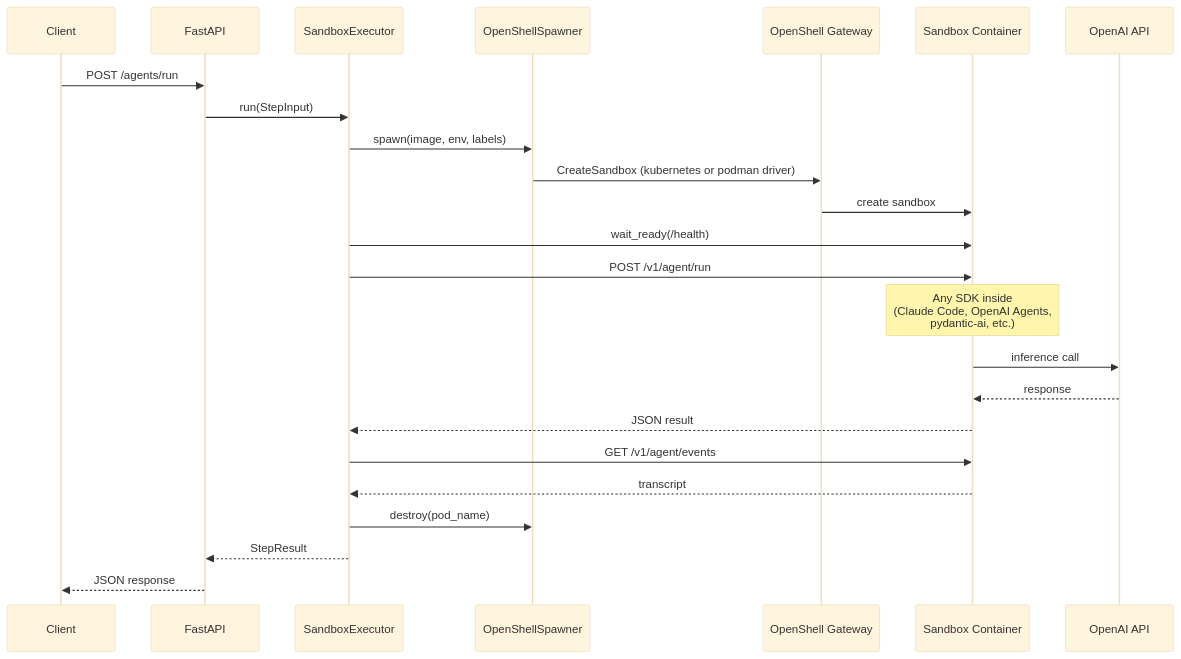
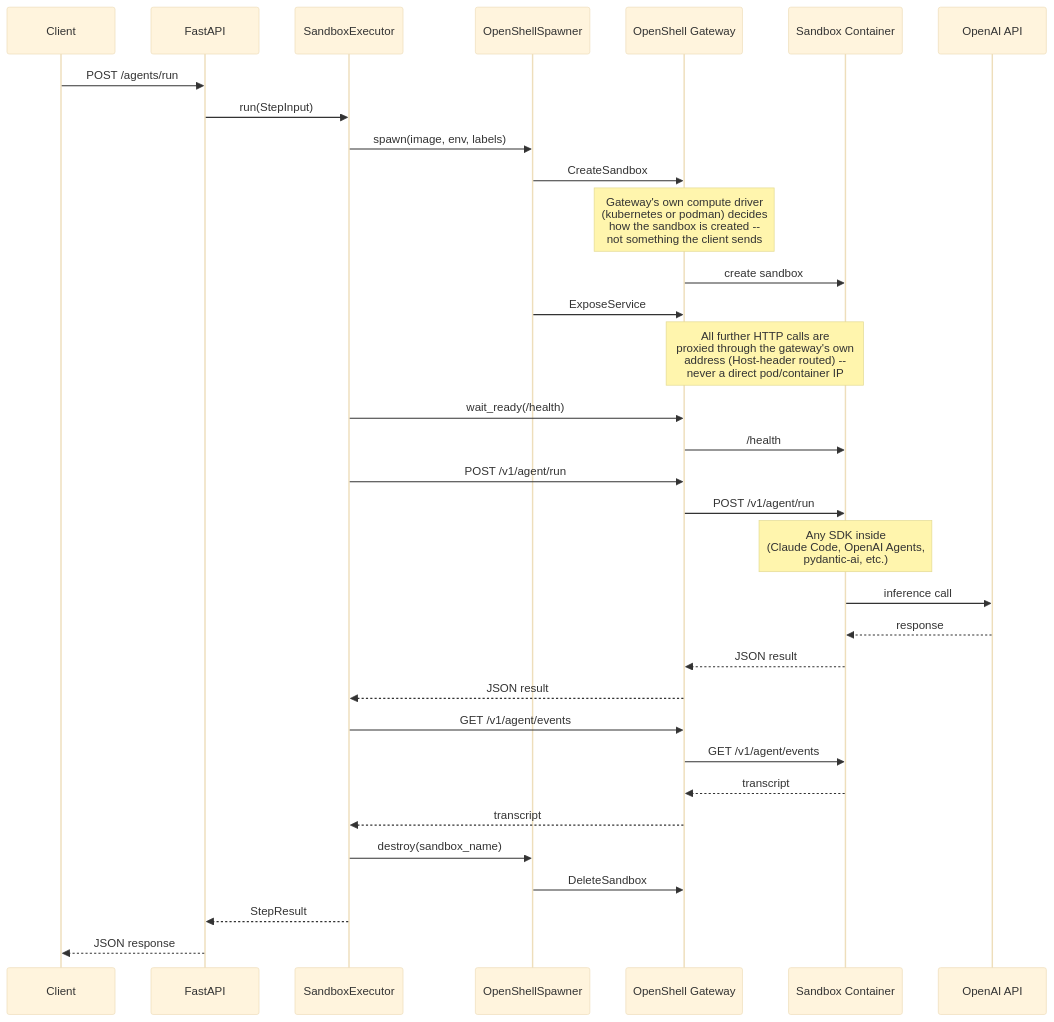
One commit to jameswnl/lightspeed-stack changed the fourth of 9 diagrams in docs/design/cloud-agents/integration-architecture.md. Above: the diagram before and after it, drawn with Mermaid (base theme).

Commit message:
Fix sequence diagram: HTTP calls are gateway-proxied, not direct-to-pod
Addresses beesarmy's second review round: the diagram still showed
SandboxExec talking directly to Container for wait_ready/query/events,
and "CreateSandbox (kubernetes or podman driver)" implied the client
sends driver info. Neither is accurate -- _expose_service() returns the
gateway's own address, so every HTTP call after CreateSandbox is
proxied through the gateway (Host-header routed), and the gateway's
compute driver is its own internal config, never part of the request.

````diff
--- a/docs/design/cloud-agents/integration-architecture.md
+++ b/docs/design/cloud-agents/integration-architecture.md
@@ -120,27 +120,36 @@
 ```mermaid
 sequenceDiagram
     participant Client
     participant FastAPI
     participant SandboxExec as SandboxExecutor
     participant Spawner as OpenShellSpawner
     participant Gateway as OpenShell Gateway
     participant Container as Sandbox Container
     participant LLM as OpenAI API
 
     Client->>FastAPI: POST /agents/run
     FastAPI->>SandboxExec: run(StepInput)
     SandboxExec->>Spawner: spawn(image, env, labels)
-    Spawner->>Gateway: CreateSandbox (kubernetes or podman driver)
+    Spawner->>Gateway: CreateSandbox
+    Note over Gateway: Gateway's own compute driver<br/>(kubernetes or podman) decides<br/>how the sandbox is created --<br/>not something the client sends
     Gateway->>Container: create sandbox
-    SandboxExec->>Container: wait_ready(/health)
-    SandboxExec->>Container: POST /v1/agent/run
+    Spawner->>Gateway: ExposeService
+    Note over Gateway,Container: All further HTTP calls are<br/>proxied through the gateway's own<br/>address (Host-header routed) --<br/>never a direct pod/container IP
+    SandboxExec->>Gateway: wait_ready(/health)
+    Gateway->>Container: /health
+    SandboxExec->>Gateway: POST /v1/agent/run
+    Gateway->>Container: POST /v1/agent/run
     Note over Container: Any SDK inside<br/>(Claude Code, OpenAI Agents,<br/>pydantic-ai, etc.)
     Container->>LLM: inference call
     LLM-->>Container: response
-    Container-->>SandboxExec: JSON result
-    SandboxExec->>Container: GET /v1/agent/events
-    Container-->>SandboxExec: transcript
-    SandboxExec->>Spawner: destroy(pod_name)
+    Container-->>Gateway: JSON result
+    Gateway-->>SandboxExec: JSON result
+    SandboxExec->>Gateway: GET /v1/agent/events
+    Gateway->>Container: GET /v1/agent/events
+    Container-->>Gateway: transcript
+    Gateway-->>SandboxExec: transcript
+    SandboxExec->>Spawner: destroy(sandbox_name)
+    Spawner->>Gateway: DeleteSandbox
     SandboxExec-->>FastAPI: StepResult
     FastAPI-->>Client: JSON response
 ```
````
